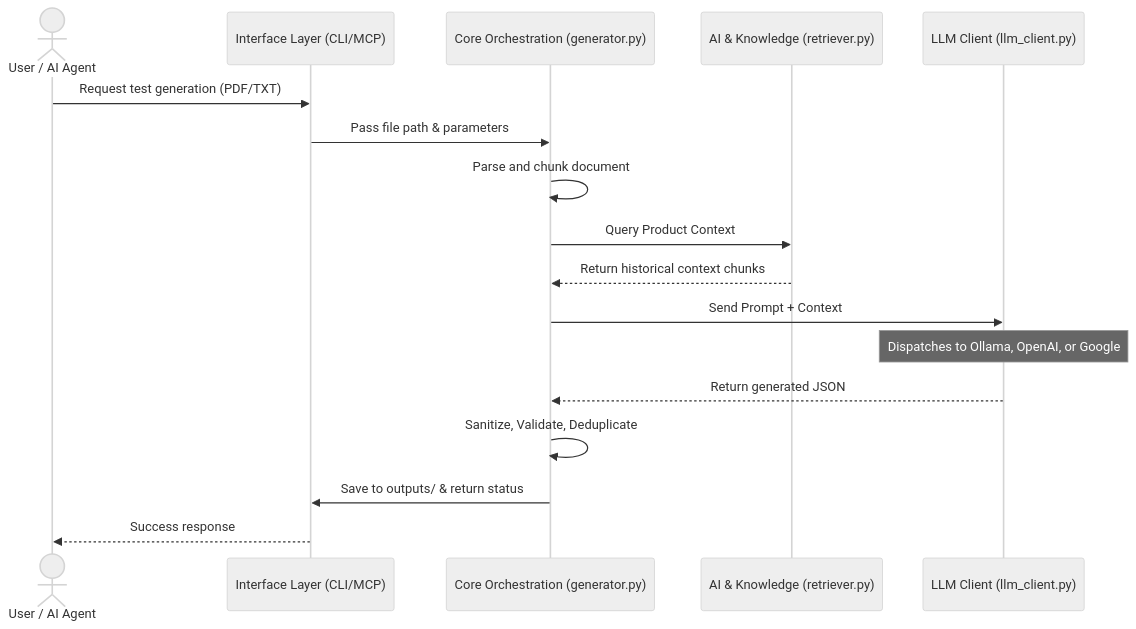
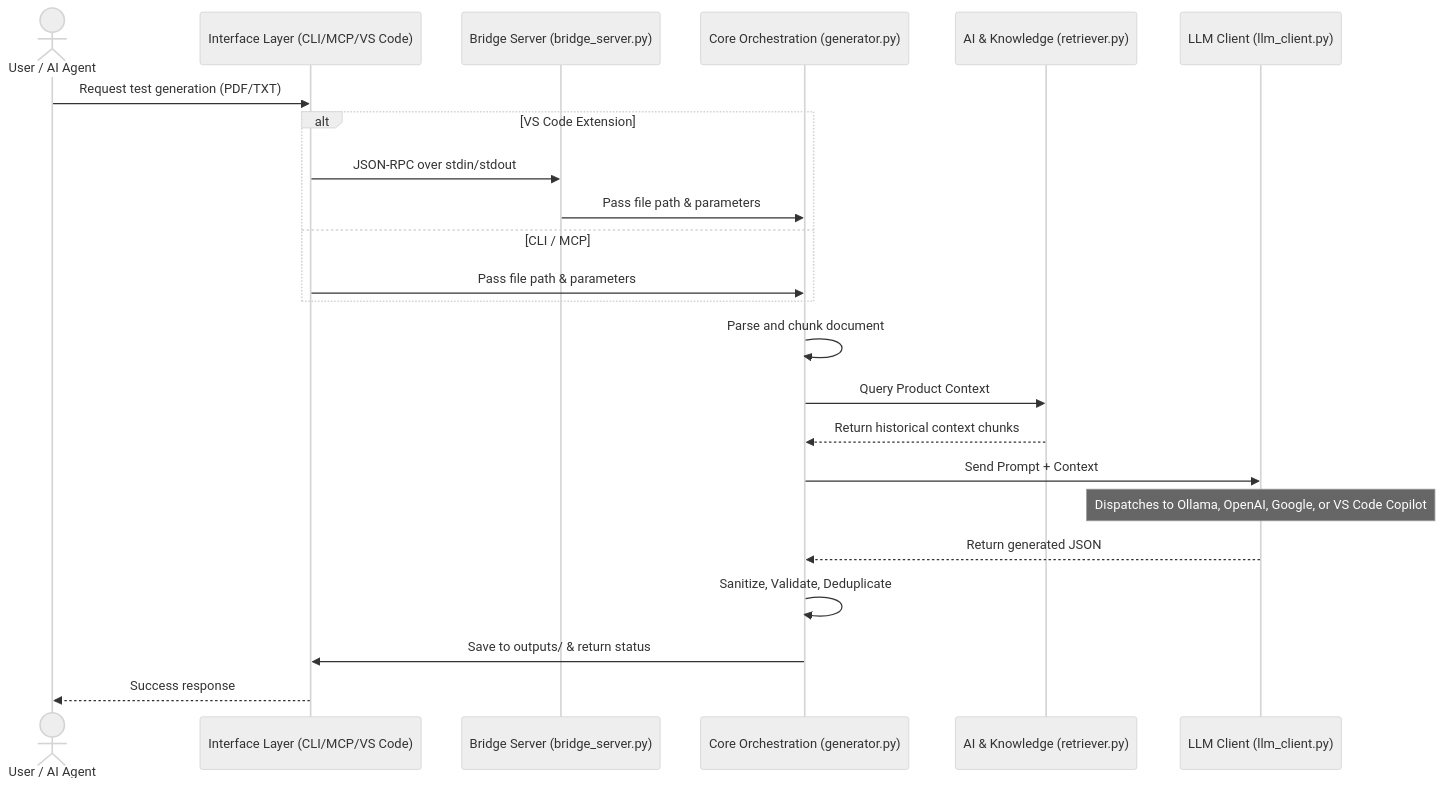
One commit to tanveer-ba-11897/caseCraft changed the diagram in README.md. Above: the diagram before and after it, drawn with Mermaid (neutral theme). The commit also changed other lines of this file and 44 other files, not shown here.

````diff
--- a/README.md
+++ b/README.md
@@ -9,20 +9,26 @@
 ```mermaid
 sequenceDiagram
     actor User as User / AI Agent
-    participant Interface as Interface Layer (CLI/MCP)
+    participant Interface as Interface Layer (CLI/MCP/VS Code)
+    participant Bridge as Bridge Server (bridge_server.py)
     participant Core as Core Orchestration (generator.py)
     participant RAG as AI & Knowledge (retriever.py)
     participant LLM as LLM Client (llm_client.py)
     
     User->>Interface: Request test generation (PDF/TXT)
-    Interface->>Core: Pass file path & parameters
+    alt VS Code Extension
+        Interface->>Bridge: JSON-RPC over stdin/stdout
+        Bridge->>Core: Pass file path & parameters
+    else CLI / MCP
+        Interface->>Core: Pass file path & parameters
+    end
     Core->>Core: Parse and chunk document
     Core->>RAG: Query Product Context
     RAG-->>Core: Return historical context chunks
     Core->>LLM: Send Prompt + Context
-    Note over LLM: Dispatches to Ollama, OpenAI, or Google
+    Note over LLM: Dispatches to Ollama, OpenAI, Google, or VS Code Copilot
     LLM-->>Core: Return generated JSON
     Core->>Core: Sanitize, Validate, Deduplicate
     Core->>Interface: Save to outputs/ & return status
     Interface-->>User: Success response
 ```
````
